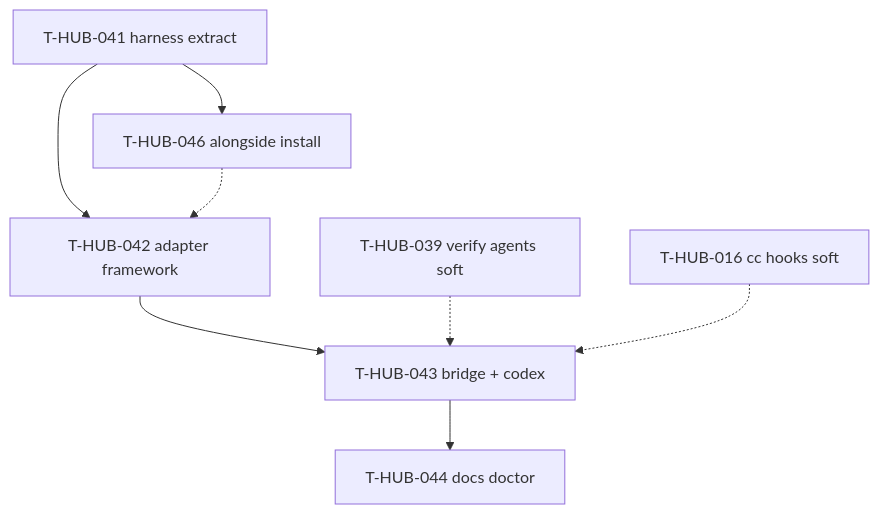
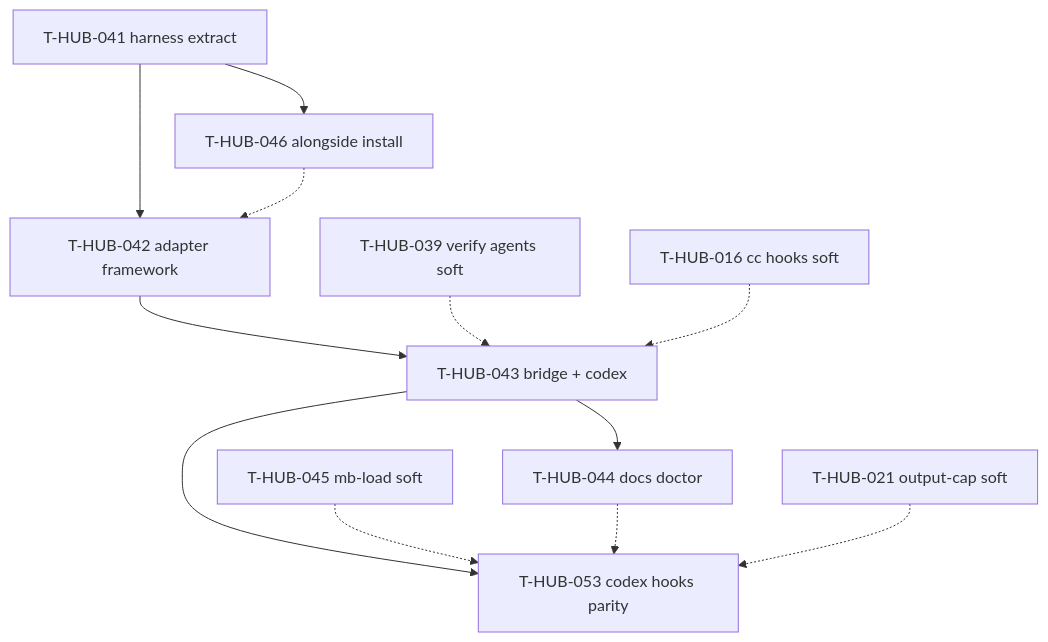
The diagram in memory-bank/back/plan/roadmap-harness-universal-runtime-epics.md (aeroalgo/dev-hub), drawn with Mermaid before and after one commit. The commit also changed other lines of this file and 63 other files, not shown here.

````diff
--- a/memory-bank/back/plan/roadmap-harness-universal-runtime-epics.md
+++ b/memory-bank/back/plan/roadmap-harness-universal-runtime-epics.md
@@ -26,17 +29,24 @@
 ```mermaid
 flowchart TB
   H041[T-HUB-041 harness extract]
   H046[T-HUB-046 alongside install]
   H042[T-HUB-042 adapter framework]
   H043[T-HUB-043 bridge + codex]
   H044[T-HUB-044 docs doctor]
+  H045[T-HUB-045 mb-load soft]
+  H053[T-HUB-053 codex hooks parity]
   H039[T-HUB-039 verify agents soft]
   H016[T-HUB-016 cc hooks soft]
+  H021[T-HUB-021 output-cap soft]
   H041 --> H046
   H041 --> H042
   H046 -.-> H042
   H042 --> H043
   H043 --> H044
+  H043 --> H053
+  H045 -.-> H053
+  H044 -.-> H053
+  H021 -.-> H053
   H039 -.-> H043
   H016 -.-> H043
 ```
````
